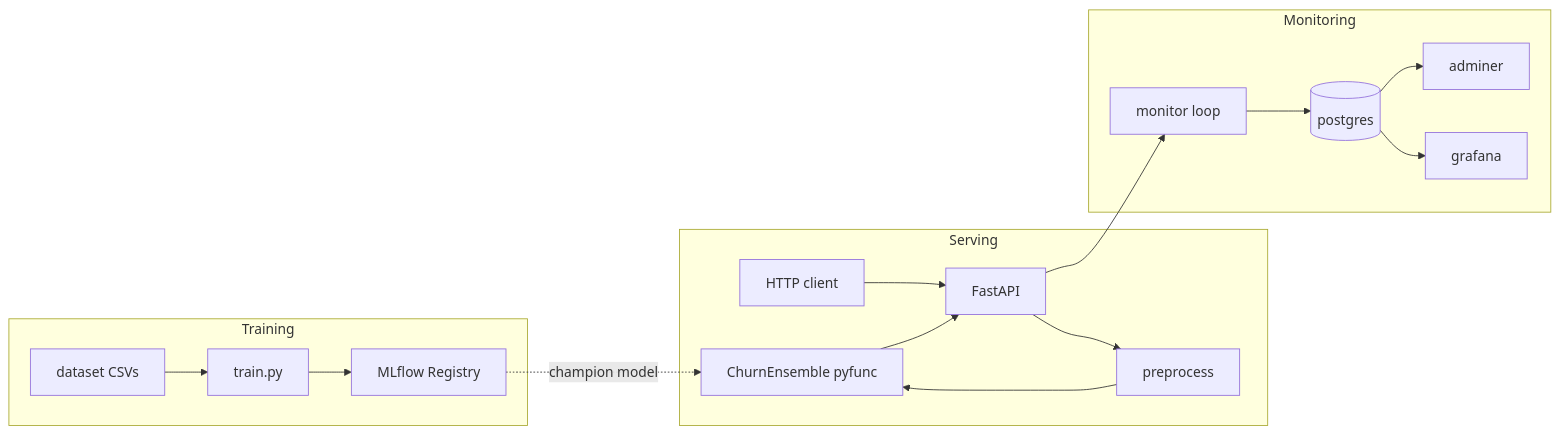
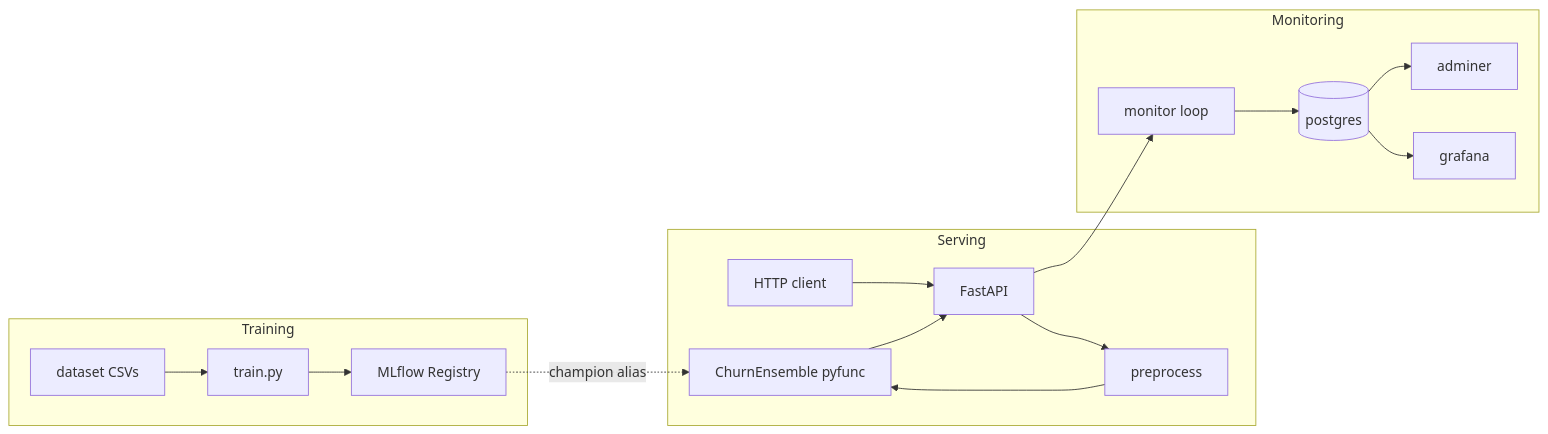
The first of 5 diagrams in README.md (DanYT2/MLOPS_HSLU_project), drawn with Mermaid before and after one commit. The commit also changed other lines of this file, not shown here.

````diff
--- a/README.md
+++ b/README.md
@@ -116,31 +77,31 @@
 ```mermaid
 flowchart LR
   subgraph training [Training]
     CSV[dataset CSVs]
     Train[train.py]
     Registry[MLflow Registry]
     CSV --> Train
     Train --> Registry
   end
   subgraph serving [Serving]
     Client[HTTP client]
     API[FastAPI]
     Pre[preprocess]
     Model[ChurnEnsemble pyfunc]
     Client --> API
     API --> Pre
     Pre --> Model
     Model --> API
   end
-  Registry -.->|champion model| Model
+  Registry -.->|champion alias| Model
   subgraph monitoring [Monitoring]
     Monitor[monitor loop]
     PG[(postgres)]
     Adminer[adminer]
     Grafana[grafana]
     Monitor --> PG
     PG --> Adminer
     PG --> Grafana
   end
   API --> Monitor
 ```
````
